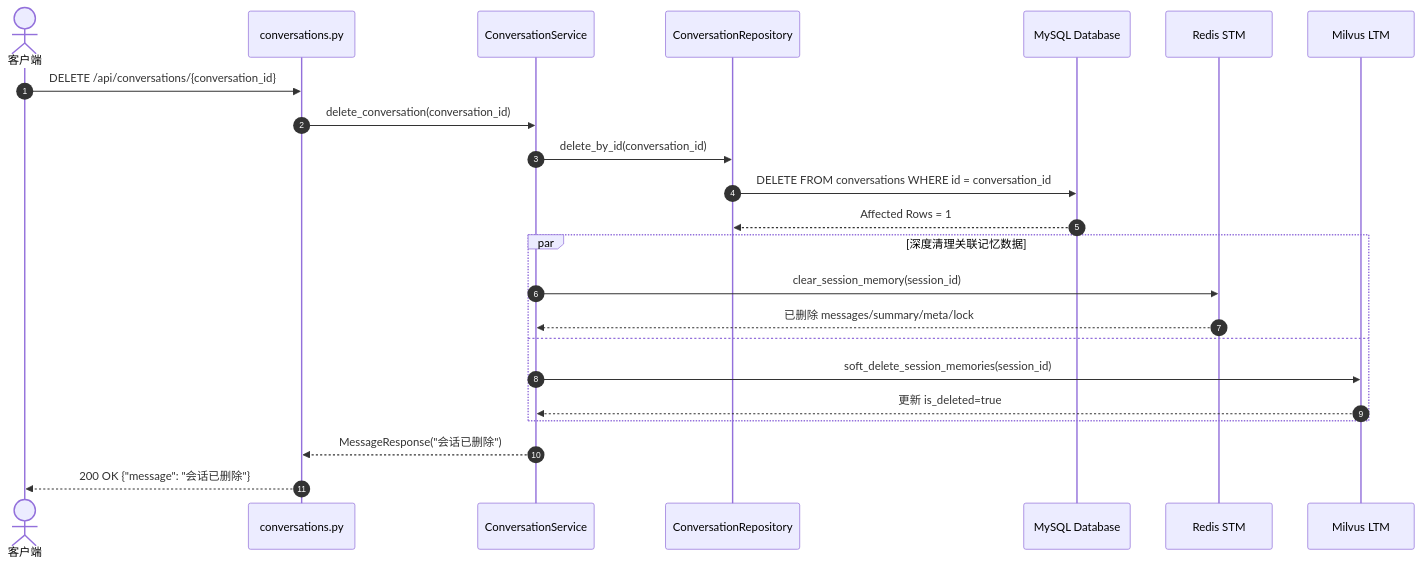
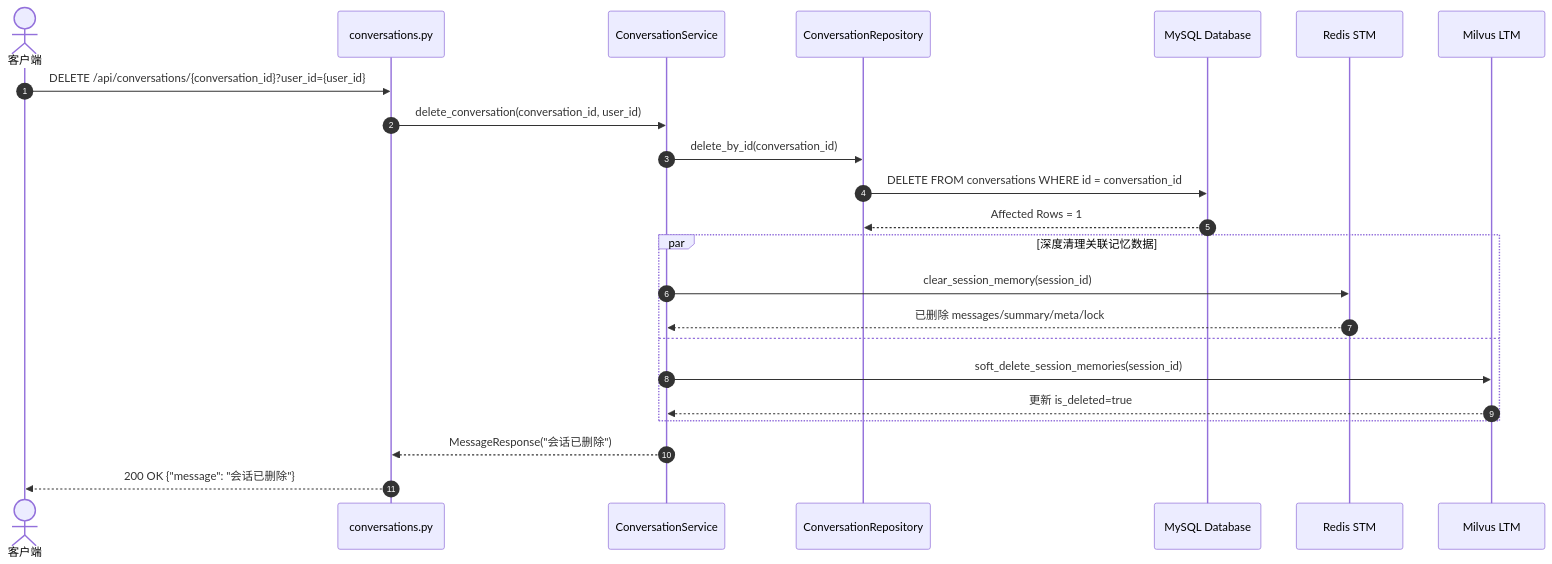
Before and after one commit to bitladykiller/-: the second of 3 diagrams in docs/modules/02-API接口.md, drawn with Mermaid. The commit also changed other lines of this file and 33 other files, not shown here.

````diff
--- a/docs/modules/02-API接口.md
+++ b/docs/modules/02-API接口.md
@@ -180,28 +180,28 @@
 ```mermaid
 sequenceDiagram
     autonumber
     actor Client as 客户端
     participant API as conversations.py
     participant Service as ConversationService
     participant Repo as ConversationRepository
     participant MySQL as MySQL Database
     participant STM as Redis STM
     participant LTM as Milvus LTM
 
-    Client->>API: DELETE /api/conversations/{conversation_id}
-    API->>Service: delete_conversation(conversation_id)
+    Client->>API: DELETE /api/conversations/{conversation_id}?user_id={user_id}
+    API->>Service: delete_conversation(conversation_id, user_id)
     Service->>Repo: delete_by_id(conversation_id)
     Repo->>MySQL: DELETE FROM conversations WHERE id = conversation_id
     MySQL-->>Repo: Affected Rows = 1
     
     par 深度清理关联记忆数据
         Service->>STM: clear_session_memory(session_id)
         STM-->>Service: 已删除 messages/summary/meta/lock
     and
         Service->>LTM: soft_delete_session_memories(session_id)
         LTM-->>Service: 更新 is_deleted=true
     end
     
     Service-->>API: MessageResponse("会话已删除")
     API-->>Client: 200 OK {"message": "会话已删除"}
 ```
````
